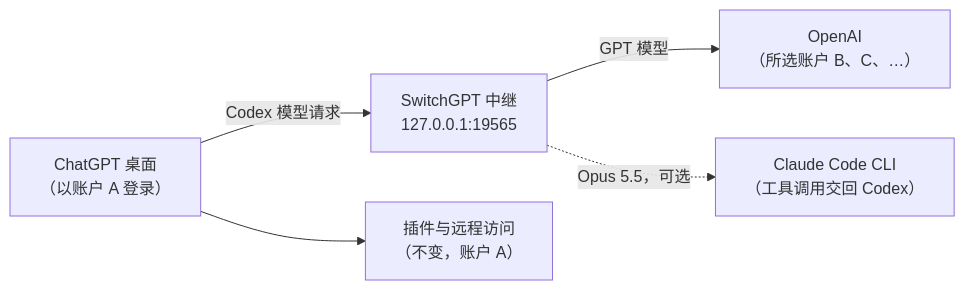
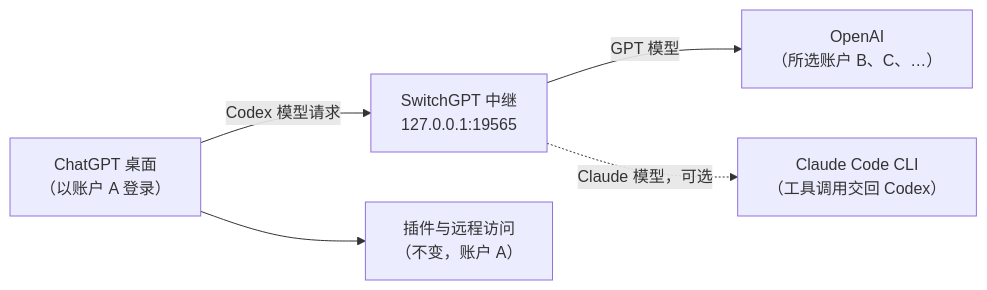
Before and after one commit to yoonpooh/SwitchGPT: the diagram in README.zh-CN.md, drawn with Mermaid. The commit also changed other lines of this file and 18 other files, not shown here.

First line of the commit message:
feat: list every Claude Code model in the picker

````diff
--- a/README.zh-CN.md
+++ b/README.zh-CN.md
@@ -72,7 +72,7 @@
 ```mermaid
 flowchart LR
     Desktop["ChatGPT 桌面<br/>（以账户 A 登录）"] -->|Codex 模型请求| Relay["SwitchGPT 中继<br/>127.0.0.1:19565"]
     Relay -->|GPT 模型| OpenAI["OpenAI<br/>（所选账户 B、C、…）"]
-    Relay -.->|Opus 5.5，可选| Claude["Claude Code CLI<br/>（工具调用交回 Codex）"]
+    Relay -.->|Claude 模型，可选| Claude["Claude Code CLI<br/>（工具调用交回 Codex）"]
     Desktop --> Plugins["插件与远程访问<br/>（不变，账户 A）"]
 ```
````
